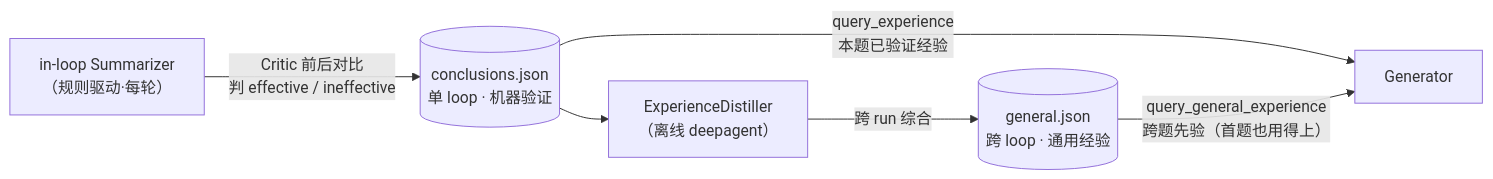
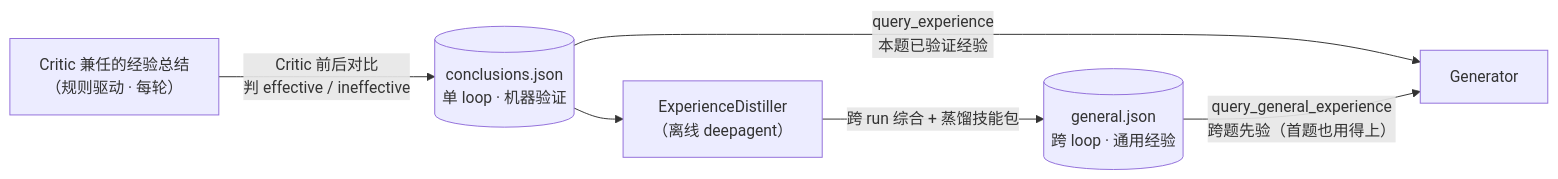
Before and after one commit to zenthos-z/img-iter-agent: the fifth of 6 diagrams in README.md, drawn with Mermaid. The commit also changed other lines of this file, not shown here.

````diff
--- a/README.md
+++ b/README.md
@@ -97,8 +119,8 @@
 ```mermaid
 flowchart LR
-  Z["in-loop Summarizer<br/>（规则驱动·每轮）"] -->|"Critic 前后对比<br/>判 effective / ineffective"| CJ[("conclusions.json<br/>单 loop · 机器验证")]
-  ED["ExperienceDistiller<br/>（离线 deepagent）"] -->|"跨 run 综合"| GJ[("general.json<br/>跨 loop · 通用经验")]
+  C["Critic 兼任的经验总结<br/>（规则驱动 · 每轮）"] -->|"Critic 前后对比<br/>判 effective / ineffective"| CJ[("conclusions.json<br/>单 loop · 机器验证")]
+  ED["ExperienceDistiller<br/>（离线 deepagent）"] -->|"跨 run 综合 + 蒸馏技能包"| GJ[("general.json<br/>跨 loop · 通用经验")]
   CJ --> ED
   CJ -->|"query_experience<br/>本题已验证经验"| G["Generator"]
   GJ -->|"query_general_experience<br/>跨题先验（首题也用得上）"| G
 ```
````
